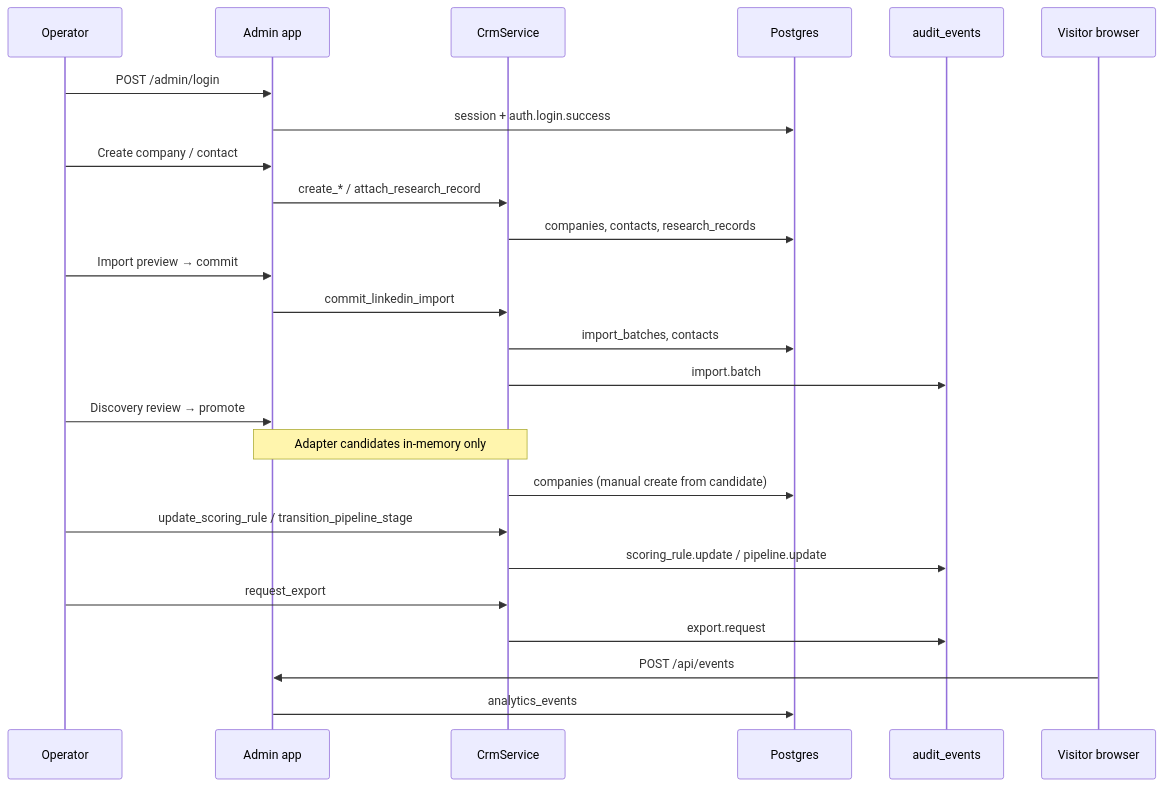
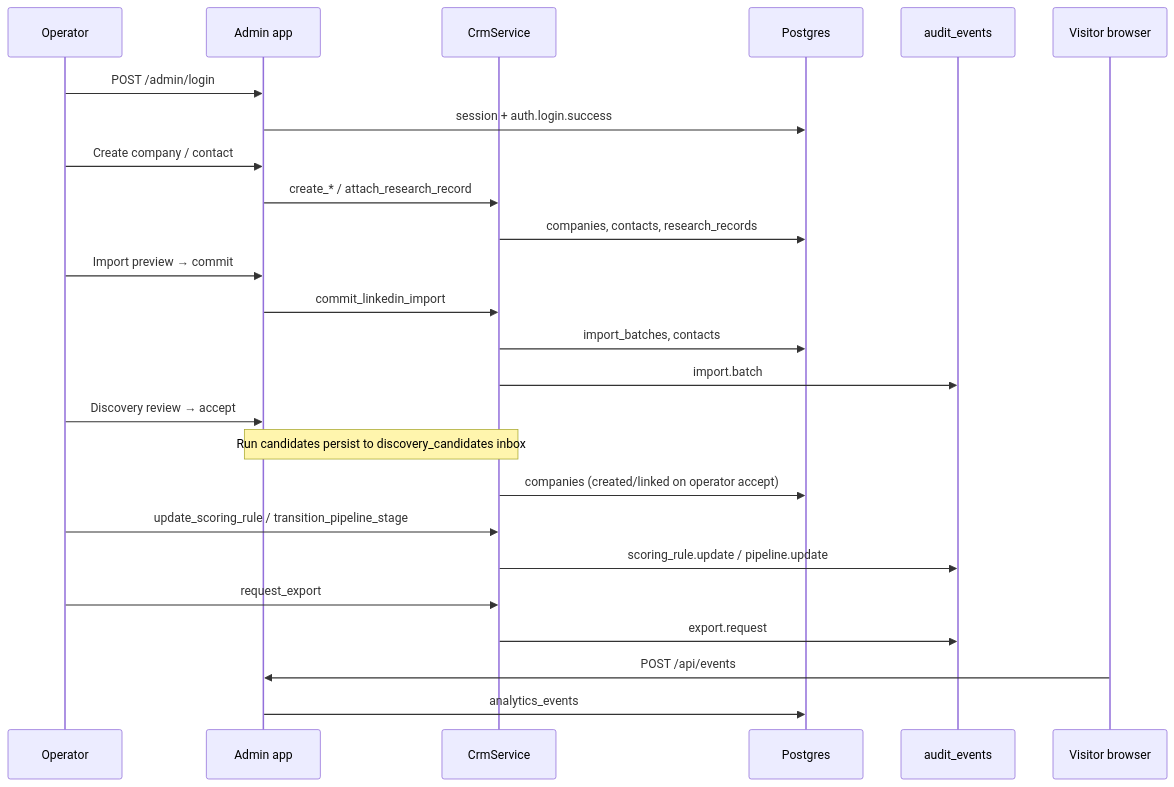
One commit to saberistic-team/agent-web changed the second of 2 diagrams in docs/ARCHITECTURE_DATA_FLOW.md. Above: the diagram before and after it, drawn with Mermaid. The commit also changed other lines of this file and 8 other files, not shown here.

First line of the commit message:
Persist discovery run candidates into the review inbox

````diff
--- a/docs/ARCHITECTURE_DATA_FLOW.md
+++ b/docs/ARCHITECTURE_DATA_FLOW.md
@@ -94,28 +95,28 @@
 ```mermaid
 sequenceDiagram
     participant Op as Operator
     participant Admin as Admin app
     participant CRM as CrmService
     participant DB as Postgres
     participant Audit as audit_events
 
     Op->>Admin: POST /admin/login
     Admin->>DB: session + auth.login.success
     Op->>Admin: Create company / contact
     Admin->>CRM: create_* / attach_research_record
     CRM->>DB: companies, contacts, research_records
     Op->>Admin: Import preview → commit
     Admin->>CRM: commit_linkedin_import
     CRM->>DB: import_batches, contacts
     CRM->>Audit: import.batch
-    Op->>Admin: Discovery review → promote
-    Note over Admin,CRM: Adapter candidates in-memory only
-    CRM->>DB: companies (manual create from candidate)
+    Op->>Admin: Discovery review → accept
+    Note over Admin,CRM: Run candidates persist to discovery_candidates inbox
+    CRM->>DB: companies (created/linked on operator accept)
     Op->>CRM: update_scoring_rule / transition_pipeline_stage
     CRM->>Audit: scoring_rule.update / pipeline.update
     Op->>CRM: request_export
     CRM->>Audit: export.request
     participant Browser as Visitor browser
     Browser->>Admin: POST /api/events
     Admin->>DB: analytics_events
 ```
````
